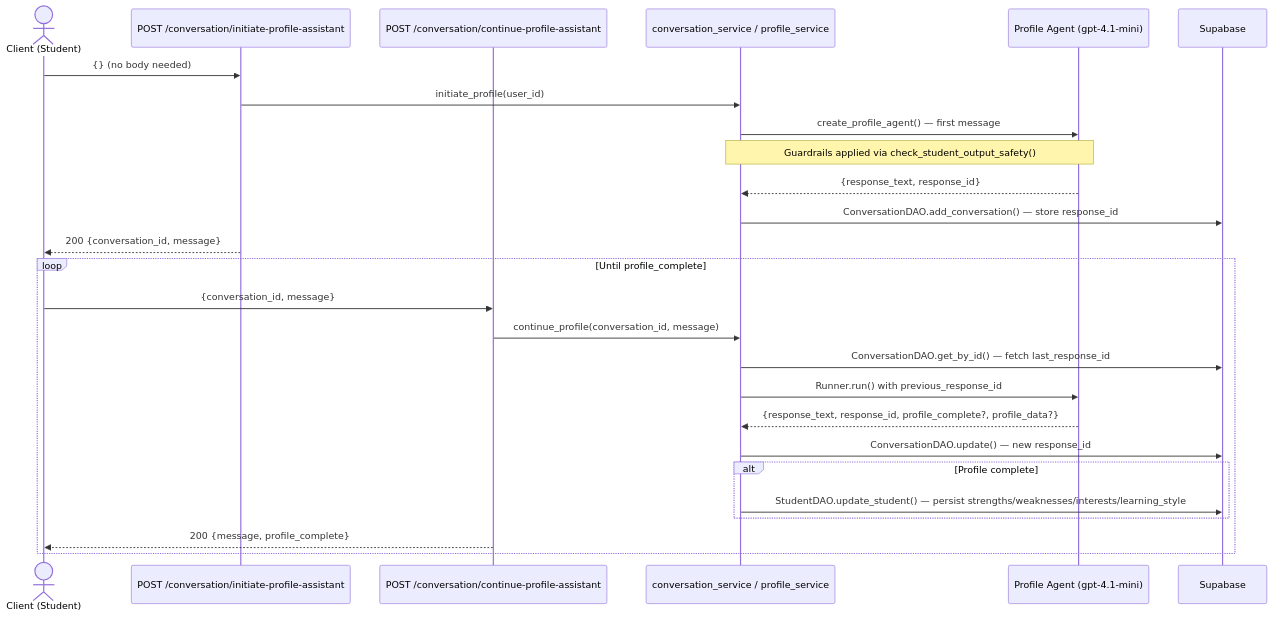
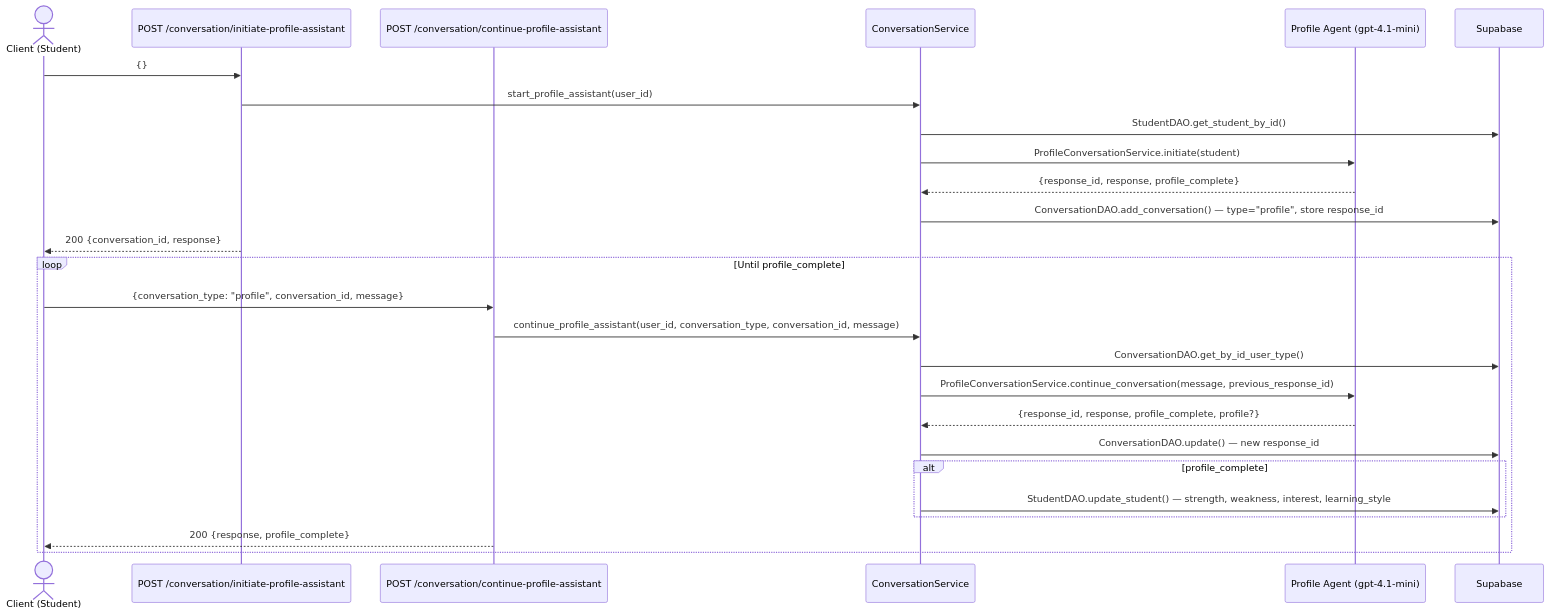
Before and after one commit to EduQuest-AI-Inc/eduquest-backend: the seventh of 31 diagrams in ARCHITECTURE.md, drawn with Mermaid. The commit also changed other lines of this file and 8 other files, not shown here.

````diff
--- a/ARCHITECTURE.md
+++ b/ARCHITECTURE.md
@@ -213,30 +301,30 @@
 ```mermaid
 sequenceDiagram
     actor C as Client (Student)
     participant R1 as POST /conversation/initiate-profile-assistant
     participant R2 as POST /conversation/continue-profile-assistant
-    participant S as conversation_service / profile_service
+    participant S as ConversationService
     participant AI as Profile Agent (gpt-4.1-mini)
     participant DB as Supabase
 
-    C->>R1: {} (no body needed)
-    R1->>S: initiate_profile(user_id)
-    S->>AI: create_profile_agent() — first message
-    Note over S,AI: Guardrails applied via check_student_output_safety()
-    AI-->>S: {response_text, response_id}
-    S->>DB: ConversationDAO.add_conversation()  — store response_id
-    R1-->>C: 200  {conversation_id, message}
+    C->>R1: {}
+    R1->>S: start_profile_assistant(user_id)
+    S->>DB: StudentDAO.get_student_by_id()
+    S->>AI: ProfileConversationService.initiate(student)
+    AI-->>S: {response_id, response, profile_complete}
+    S->>DB: ConversationDAO.add_conversation() — type="profile", store response_id
+    R1-->>C: 200 {conversation_id, response}
 
     loop Until profile_complete
-        C->>R2: {conversation_id, message}
-        R2->>S: continue_profile(conversation_id, message)
-        S->>DB: ConversationDAO.get_by_id()  — fetch last_response_id
-        S->>AI: Runner.run() with previous_response_id
-        AI-->>S: {response_text, response_id, profile_complete?, profile_data?}
-        S->>DB: ConversationDAO.update()  — new response_id
-        alt Profile complete
-            S->>DB: StudentDAO.update_student()  — persist strengths/weaknesses/interests/learning_style
+        C->>R2: {conversation_type: "profile", conversation_id, message}
+        R2->>S: continue_profile_assistant(user_id, conversation_type, conversation_id, message)
+        S->>DB: ConversationDAO.get_by_id_user_type()
+        S->>AI: ProfileConversationService.continue_conversation(message, previous_response_id)
+        AI-->>S: {response_id, response, profile_complete, profile?}
+        S->>DB: ConversationDAO.update() — new response_id
+        alt profile_complete
+            S->>DB: StudentDAO.update_student() — strength, weakness, interest, learning_style
         end
-        R2-->>C: 200  {message, profile_complete}
+        R2-->>C: 200 {response, profile_complete}
     end
 ```
````
